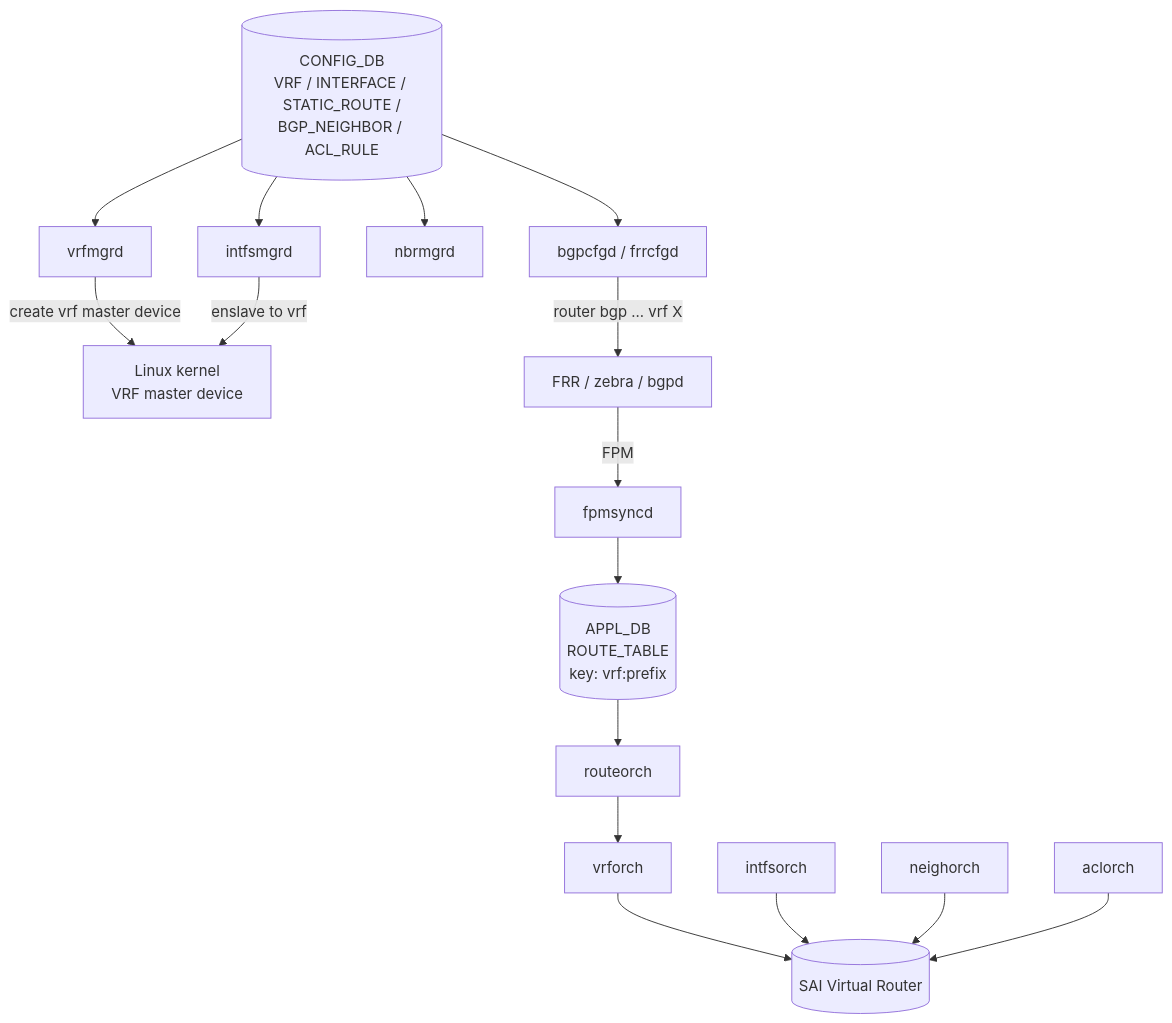
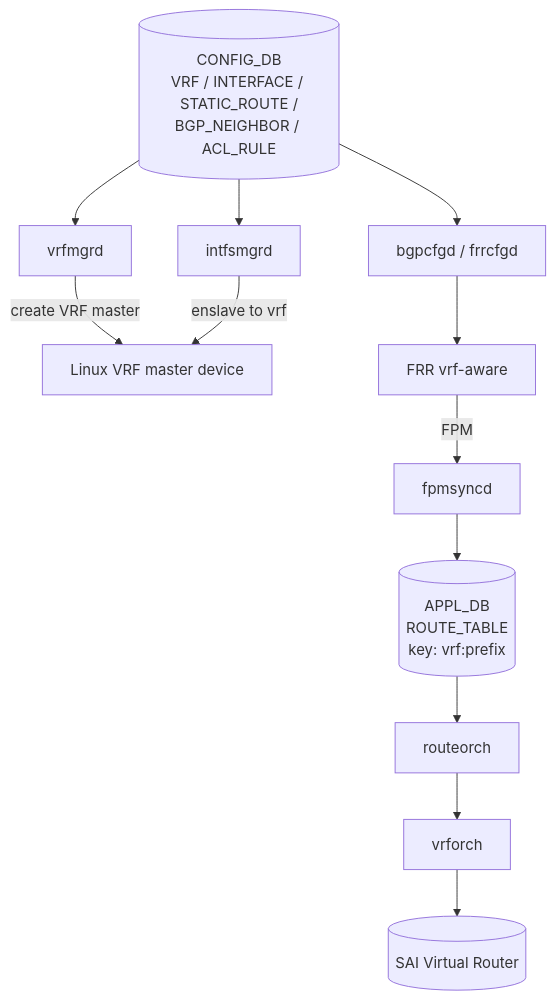
The diagram in docs/routing/sonic-vrf-support-design-spec-draft.md (aoki-taquan/sonic-unofficial-docs), drawn with Mermaid before and after one commit. The commit also changed other lines of this file and 7 other files, not shown here.

````diff
--- a/docs/routing/sonic-vrf-support-design-spec-draft.md
+++ b/docs/routing/sonic-vrf-support-design-spec-draft.md
@@ -49,18 +47,14 @@
 ```mermaid
 flowchart TB
     USER[(CONFIG_DB\nVRF / INTERFACE / STATIC_ROUTE /\nBGP_NEIGHBOR / ACL_RULE)] --> VMGRD[vrfmgrd]
     USER --> IMGRD[intfsmgrd]
-    USER --> NMGRD[nbrmgrd]
     USER --> BGPCFGD[bgpcfgd / frrcfgd]
-    VMGRD -->|create vrf master device| KERN[Linux kernel\nVRF master device]
+    VMGRD -->|create VRF master| KERN[Linux VRF master device]
     IMGRD -->|enslave to vrf| KERN
-    BGPCFGD -->|router bgp ... vrf X| FRR[FRR / zebra / bgpd]
+    BGPCFGD --> FRR[FRR vrf-aware]
     FRR -->|FPM| FPM[fpmsyncd]
     FPM --> APP[(APPL_DB\nROUTE_TABLE\nkey: vrf:prefix)]
     APP --> ROUTE[routeorch]
     ROUTE --> VORCH[vrforch]
     VORCH --> SAI[(SAI Virtual Router)]
-    INTORCH[intfsorch] --> SAI
-    NORCH[neighorch] --> SAI
-    ACL[aclorch] --> SAI
 ```
````
